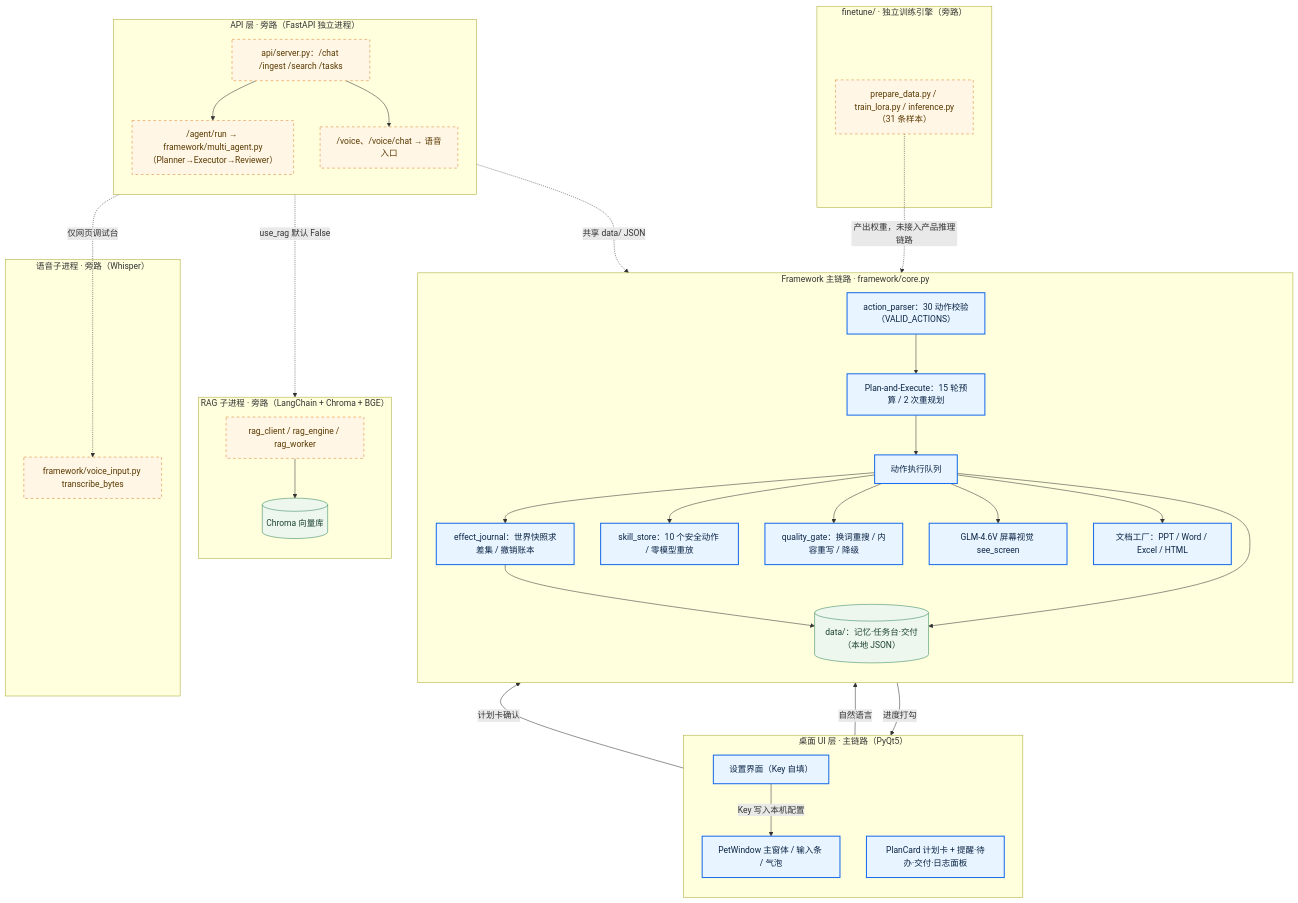
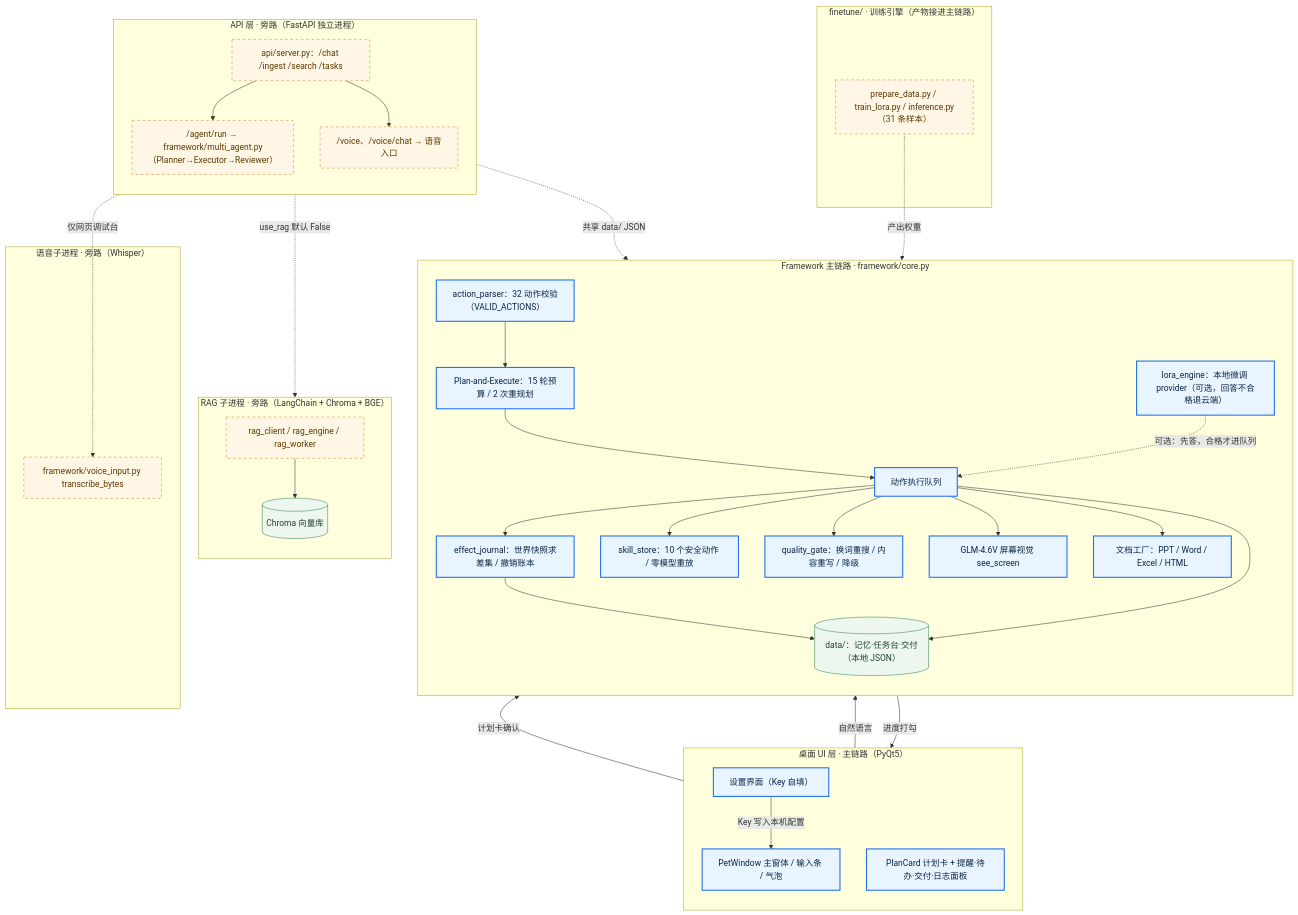
One commit to hm-yep/L-Agent changed the diagram in docs/架构说明.md. Above: the diagram before and after it, drawn with Mermaid. The commit also changed other lines of this file and 19 other files, not shown here.

````diff
--- a/docs/架构说明.md
+++ b/docs/架构说明.md
@@ -7,72 +7,74 @@
 ```mermaid
 flowchart TB
     subgraph UI["桌面 UI 层 · 主链路（PyQt5）"]
         direction TB
         U1["PetWindow 主窗体 / 输入条 / 气泡"]
         U2["PlanCard 计划卡 + 提醒·待办·交付·日志面板"]
         U3["设置界面（Key 自填）"]
     end
 
     subgraph FW["Framework 主链路 · framework/core.py"]
         direction TB
-        F1["action_parser：30 动作校验（VALID_ACTIONS）"]
+        F1["action_parser：32 动作校验（VALID_ACTIONS）"]
         F2["Plan-and-Execute：15 轮预算 / 2 次重规划"]
         F3["动作执行队列"]
         F4["effect_journal：世界快照求差集 / 撤销账本"]
         F5["skill_store：10 个安全动作 / 零模型重放"]
         F6["quality_gate：换词重搜 / 内容重写 / 降级"]
         F7["GLM-4.6V 屏幕视觉 see_screen"]
         F8["文档工厂：PPT / Word / Excel / HTML"]
         F9[("data/：记忆·任务台·交付（本地 JSON）")]
+        F10["lora_engine：本地微调 provider（可选，回答不合格退云端）"]
     end
 
     subgraph API["API 层 · 旁路（FastAPI 独立进程）"]
         direction TB
         A1["api/server.py：/chat /ingest /search /tasks"]
         A2["/agent/run → framework/multi_agent.py（Planner→Executor→Reviewer）"]
         A3["/voice、/voice/chat → 语音入口"]
     end
 
     subgraph RAG["RAG 子进程 · 旁路（LangChain + Chroma + BGE）"]
         direction TB
         R1["rag_client / rag_engine / rag_worker"]
         R2[("Chroma 向量库")]
     end
 
     subgraph VOICE["语音子进程 · 旁路（Whisper）"]
         V1["framework/voice_input.py transcribe_bytes"]
     end
 
-    subgraph FT["finetune/ · 独立训练引擎（旁路）"]
+    subgraph FT["finetune/ · 训练引擎（产物接进主链路）"]
         T1["prepare_data.py / train_lora.py / inference.py（31 条样本）"]
     end
 
     U1 -->|"自然语言"| F1
     U2 -->|"计划卡确认"| F2
     F2 -->|"进度打勾"| U2
     U3 -->|"Key 写入本机配置"| U1
     F1 --> F2 --> F3
     F3 --> F4
     F3 --> F5
     F3 --> F6
     F3 --> F7
     F3 --> F8
     F4 --> F9
     F3 --> F9
 
     A1 --> A2
     A1 --> A3
     A3 -.->|"仅网页调试台"| V1
     A1 -.->|"use_rag 默认 False"| R1
     R1 --> R2
     A1 -.->|"共享 data/ JSON"| F9
-    T1 -.->|"产出权重，未接入产品推理链路"| F3
+    T1 -.->|"产出权重"| F10
+    F10 -.->|"可选：先答，合格才进队列"| F3
 
     classDef main fill:#e8f4ff,stroke:#1f6feb,stroke-width:2px,color:#0b2545;
     classDef side fill:#fff6e6,stroke:#d9822b,stroke-dasharray:5 5,color:#5a3a00;
     classDef store fill:#eef7ee,stroke:#2f855a,color:#1b4332;
 
-    class U1,U2,U3,F1,F2,F3,F4,F5,F6,F7,F8 main;
+    class U1,U2,U3,F1,F2,F3,F4,F5,F6,F7,F8,F10 main;
     class A1,A2,A3,R1,V1,T1 side;
     class F9,R2 store;
 ```
````
